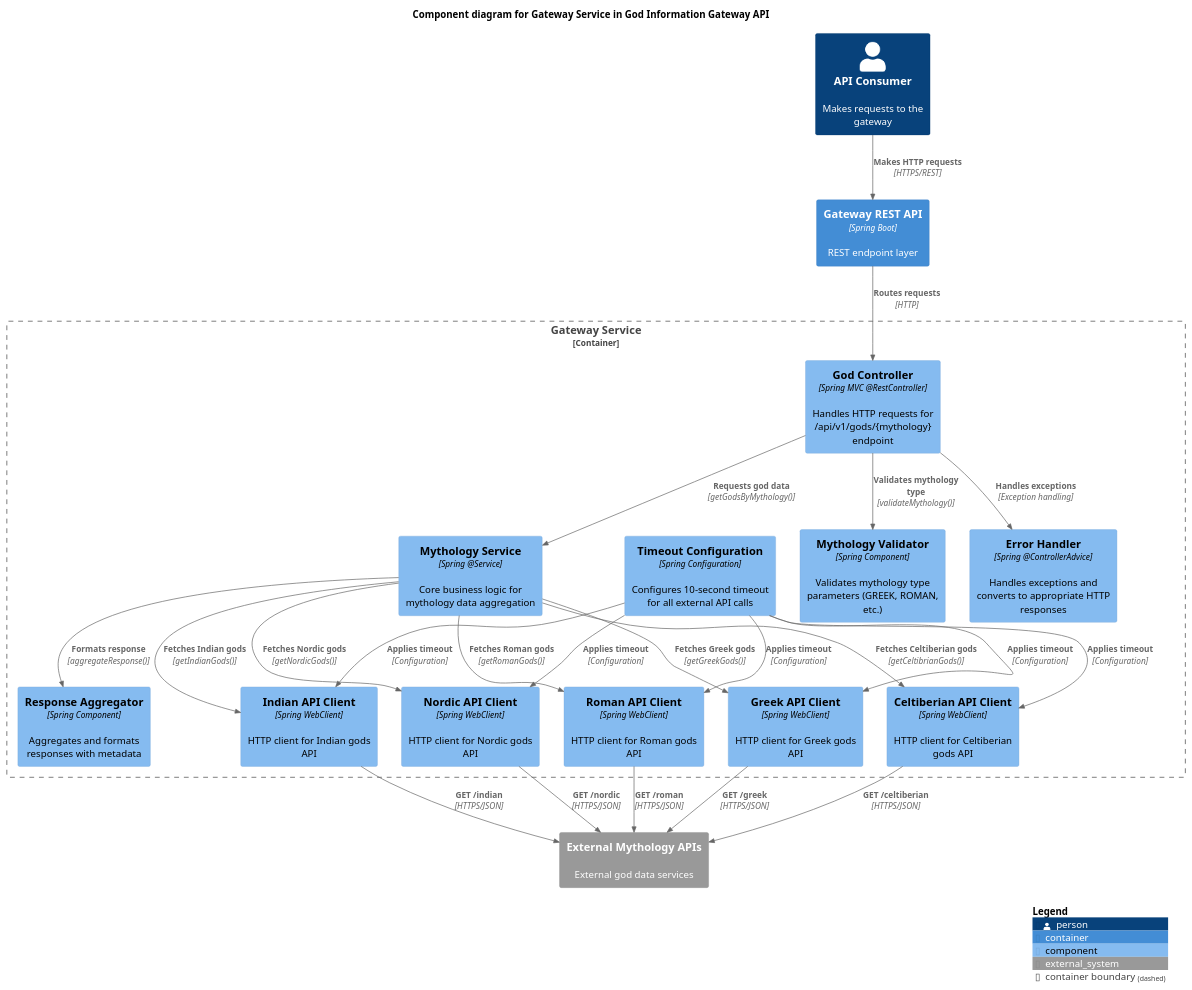
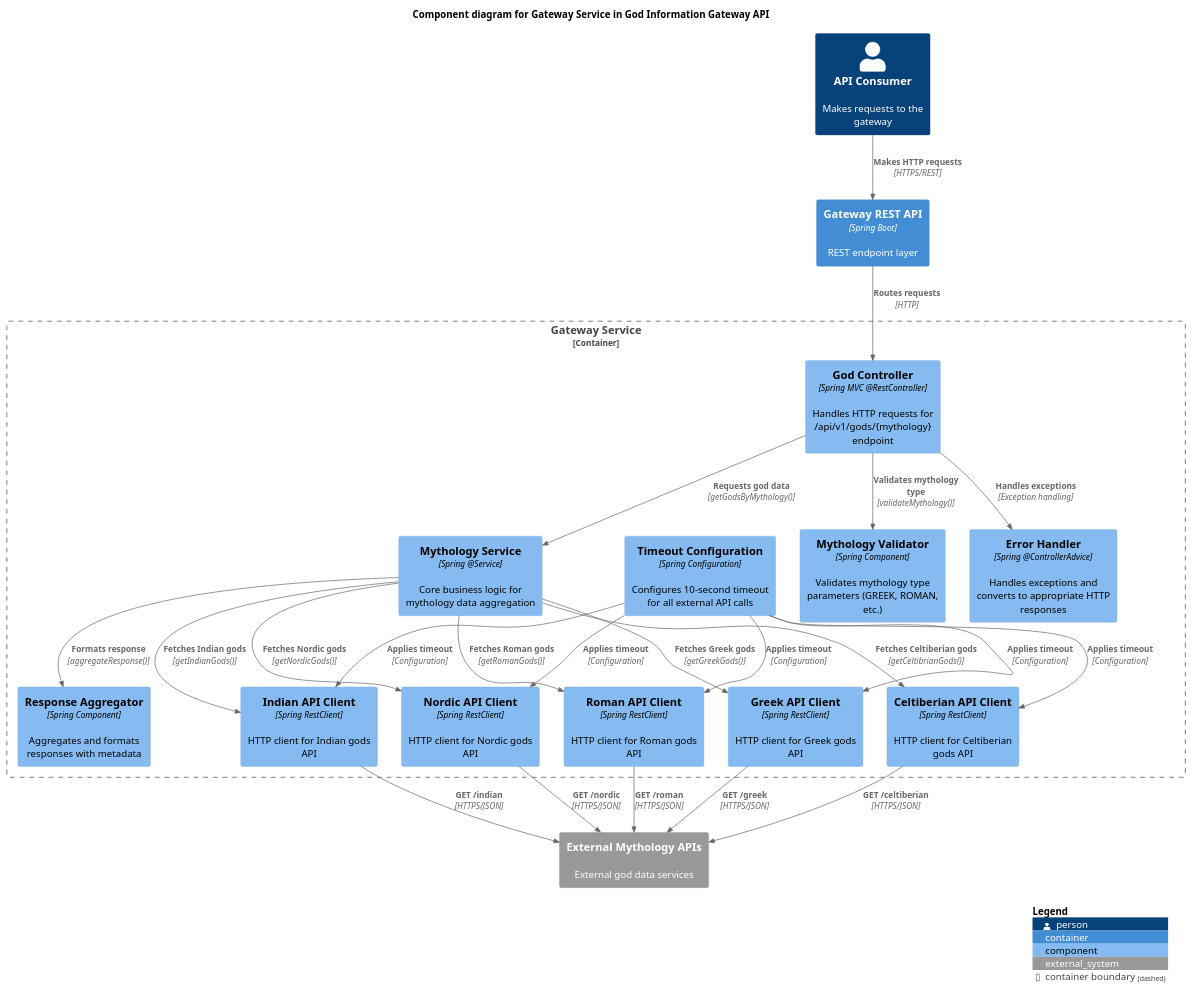
One commit to jabrena/cursor-rules-agile changed the diagram in examples/problem3/design/GodGateway_Component_original.puml. Above: the diagram before and after it, drawn with PlantUML. The commit also changed 11 other files, not shown here.

```diff
--- a/examples/problem3/design/GodGateway_Component_original.puml
+++ b/examples/problem3/design/GodGateway_Component_original.puml
@@ -1,58 +1,58 @@
 @startuml God Information Gateway API - Gateway Service Components
 !include https://raw.githubusercontent.com/plantuml-stdlib/C4-PlantUML/master/C4_Component.puml
 
 title Component diagram for Gateway Service in God Information Gateway API
 
 ' External Actors
 Person(apiConsumer, "API Consumer", "Makes requests to the gateway")
 
 ' Other Containers
 Container(gatewayApi, "Gateway REST API", "Spring Boot", "REST endpoint layer")
 System_Ext(externalMythologyApis, "External Mythology APIs", "External god data services")
 
 ' Gateway Service Container Boundary
 Container_Boundary(gatewayService, "Gateway Service") {
     Component(godController, "God Controller", "Spring MVC @RestController", "Handles HTTP requests for /api/v1/gods/{mythology} endpoint")
     Component(mythologyService, "Mythology Service", "Spring @Service", "Core business logic for mythology data aggregation")
     Component(mythologyValidator, "Mythology Validator", "Spring Component", "Validates mythology type parameters (GREEK, ROMAN, etc.)")
     Component(responseAggregator, "Response Aggregator", "Spring Component", "Aggregates and formats responses with metadata")
     
-    Component(greekApiClient, "Greek API Client", "Spring WebClient", "HTTP client for Greek gods API")
-    Component(romanApiClient, "Roman API Client", "Spring WebClient", "HTTP client for Roman gods API")
-    Component(nordicApiClient, "Nordic API Client", "Spring WebClient", "HTTP client for Nordic gods API")
-    Component(indianApiClient, "Indian API Client", "Spring WebClient", "HTTP client for Indian gods API")
-    Component(celtibrianApiClient, "Celtiberian API Client", "Spring WebClient", "HTTP client for Celtiberian gods API")
+    Component(greekApiClient, "Greek API Client", "Spring RestClient", "HTTP client for Greek gods API")
+    Component(romanApiClient, "Roman API Client", "Spring RestClient", "HTTP client for Roman gods API")
+    Component(nordicApiClient, "Nordic API Client", "Spring RestClient", "HTTP client for Nordic gods API")
+    Component(indianApiClient, "Indian API Client", "Spring RestClient", "HTTP client for Indian gods API")
+    Component(celtibrianApiClient, "Celtiberian API Client", "Spring RestClient", "HTTP client for Celtiberian gods API")
     
     Component(timeoutConfiguration, "Timeout Configuration", "Spring Configuration", "Configures 10-second timeout for all external API calls")
     Component(errorHandler, "Error Handler", "Spring @ControllerAdvice", "Handles exceptions and converts to appropriate HTTP responses")
 }
 
 ' Relationships
 Rel(apiConsumer, gatewayApi, "Makes HTTP requests", "HTTPS/REST")
 Rel(gatewayApi, godController, "Routes requests", "HTTP")
 
 Rel(godController, mythologyValidator, "Validates mythology type", "validateMythology()")
 Rel(godController, mythologyService, "Requests god data", "getGodsByMythology()")
 Rel(godController, errorHandler, "Handles exceptions", "Exception handling")
 
 Rel(mythologyService, responseAggregator, "Formats response", "aggregateResponse()")
 Rel(mythologyService, greekApiClient, "Fetches Greek gods", "getGreekGods()")
 Rel(mythologyService, romanApiClient, "Fetches Roman gods", "getRomanGods()")
 Rel(mythologyService, nordicApiClient, "Fetches Nordic gods", "getNordicGods()")
 Rel(mythologyService, indianApiClient, "Fetches Indian gods", "getIndianGods()")
 Rel(mythologyService, celtibrianApiClient, "Fetches Celtiberian gods", "getCeltibrianGods()")
 
 Rel(greekApiClient, externalMythologyApis, "GET /greek", "HTTPS/JSON")
 Rel(romanApiClient, externalMythologyApis, "GET /roman", "HTTPS/JSON")
 Rel(nordicApiClient, externalMythologyApis, "GET /nordic", "HTTPS/JSON")
 Rel(indianApiClient, externalMythologyApis, "GET /indian", "HTTPS/JSON")
 Rel(celtibrianApiClient, externalMythologyApis, "GET /celtiberian", "HTTPS/JSON")
 
 Rel(timeoutConfiguration, greekApiClient, "Applies timeout", "Configuration")
 Rel(timeoutConfiguration, romanApiClient, "Applies timeout", "Configuration")
 Rel(timeoutConfiguration, nordicApiClient, "Applies timeout", "Configuration")
 Rel(timeoutConfiguration, indianApiClient, "Applies timeout", "Configuration")
 Rel(timeoutConfiguration, celtibrianApiClient, "Applies timeout", "Configuration")
 
 SHOW_LEGEND()
 @enduml 
```
